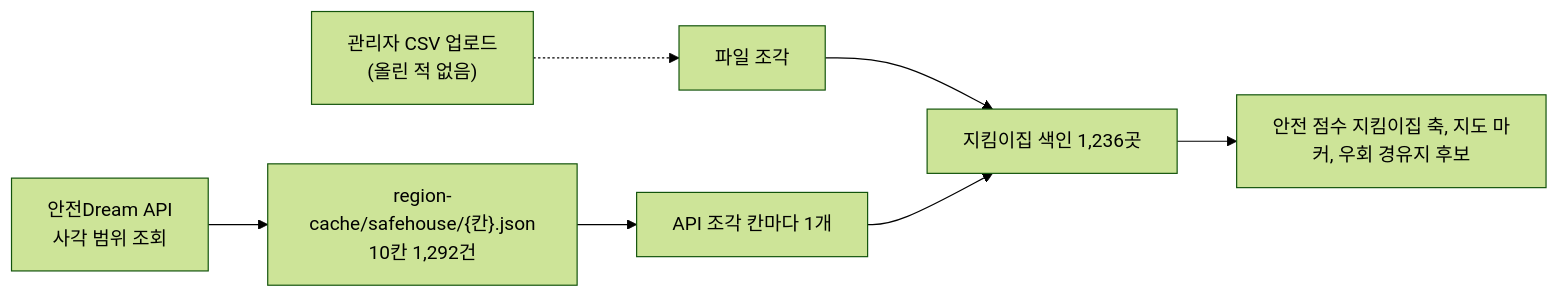
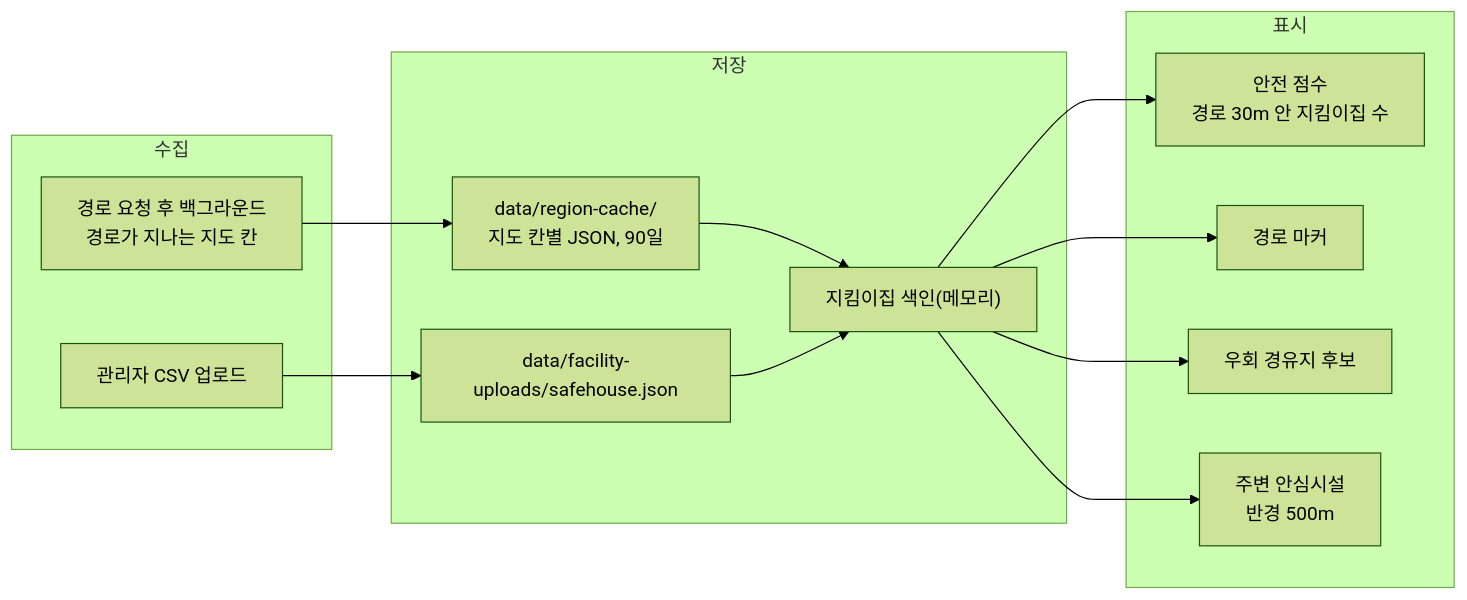
Before and after one commit to soo-ai-agent/bueongi-backend: the diagram in docs/safety-spots/safehouse.md, drawn with Mermaid (forest theme). The commit also changed other lines of this file and 7 other files, not shown here.

First line of the commit message:
docs(backend): 안심시설 문서 8개를 실제 CSV 필드와 수집-저장-표시 흐름 중심으로 다시 씀

````diff
--- a/docs/safety-spots/safehouse.md
+++ b/docs/safety-spots/safehouse.md
@@ -13,9 +33,26 @@
 ```mermaid
 flowchart LR
-    API["안전Dream API<br/>사각 범위 조회"] --> RC["region-cache/safehouse/{칸}.json<br/>10칸 1,292건"]
-    RC --> REGION["API 조각 칸마다 1개"]
-    UP["관리자 CSV 업로드<br/>(올린 적 없음)"] -.-> FILE["파일 조각"]
-    FILE --> IDX["지킴이집 색인 1,236곳"]
-    REGION --> IDX
-    IDX --> USE["안전 점수 지킴이집 축, 지도 마커, 우회 경유지 후보"]
+    subgraph 수집
+        A1["경로 요청 후 백그라운드<br/>경로가 지나는 지도 칸"]
+        A2["관리자 CSV 업로드"]
+    end
+    subgraph 저장
+        B1["data/region-cache/<br/>지도 칸별 JSON, 90일"]
+        B2["data/facility-uploads/safehouse.json"]
+        C["지킴이집 색인(메모리)"]
+    end
+    subgraph 표시
+        E1["안전 점수<br/>경로 30m 안 지킴이집 수"]
+        E2["경로 마커"]
+        E3["우회 경유지 후보"]
+        E4["주변 안심시설<br/>반경 500m"]
+    end
+    A1 --> B1
+    A2 --> B2
+    B1 --> C
+    B2 --> C
+    C --> E1
+    C --> E2
+    C --> E3
+    C --> E4
 ```
````
